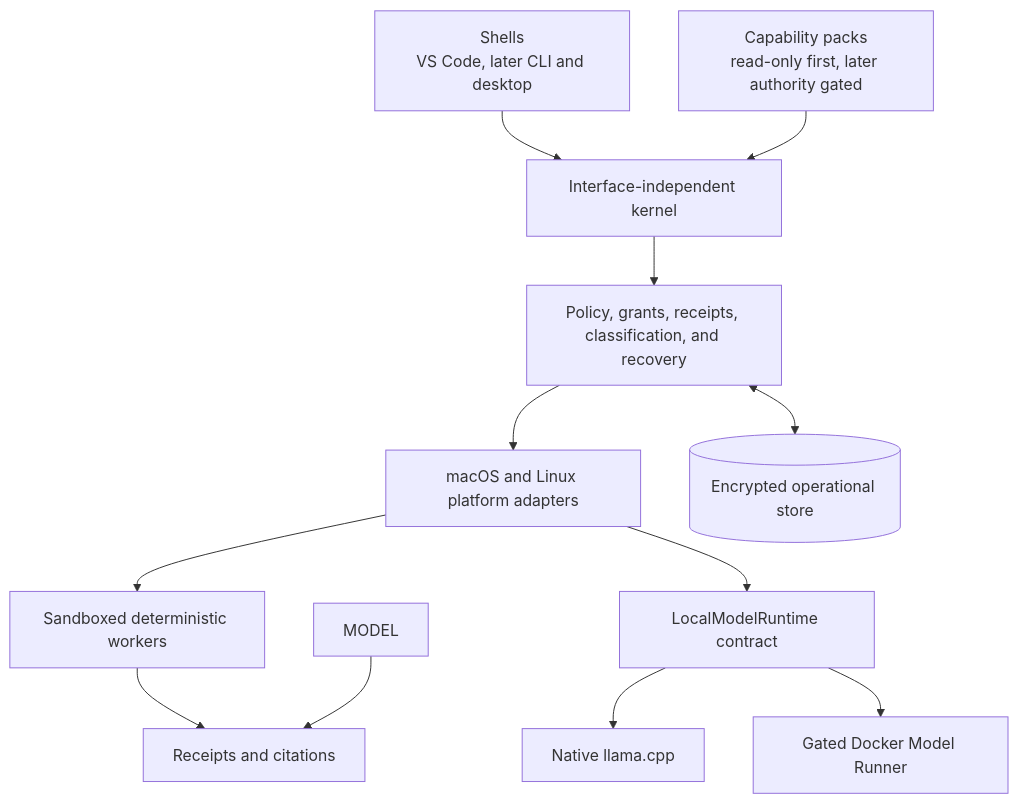
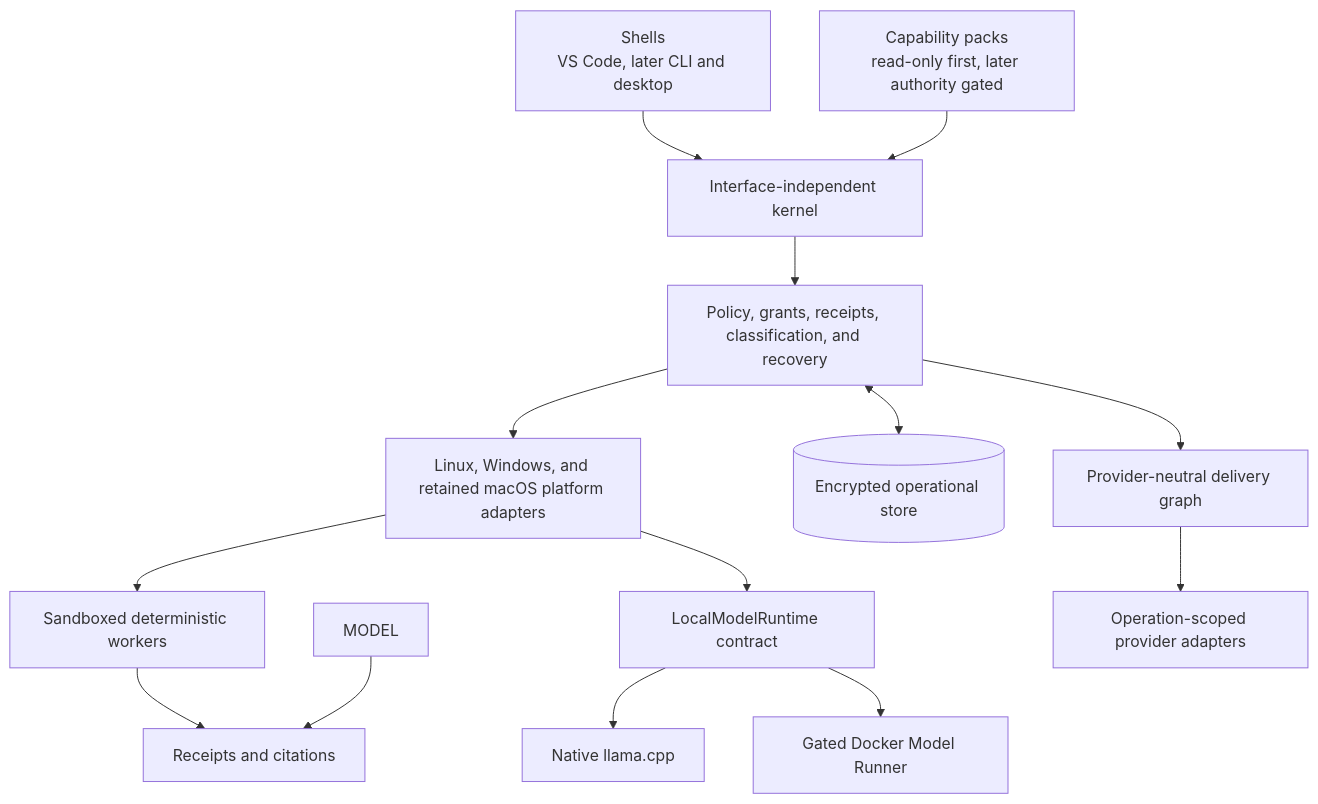
Before and after one commit to AaronNHorvitz/AgentMage: the second of 4 diagrams in IMPLEMENTATION-PLAN.md, drawn with Mermaid. The commit also changed other lines of this file and 32 other files, not shown here.

Commit message:
Expand first GA delivery and Windows plan

````diff
--- a/IMPLEMENTATION-PLAN.md
+++ b/IMPLEMENTATION-PLAN.md
@@ -80,14 +83,16 @@
 ```mermaid
 flowchart TB
     SHELLS["Shells<br/>VS Code, later CLI and desktop"] --> KERNEL["Interface-independent kernel"]
     PACKS["Capability packs<br/>read-only first, later authority gated"] --> KERNEL
     KERNEL --> POLICY["Policy, grants, receipts, classification, and recovery"]
-    POLICY --> PLATFORM["macOS and Linux platform adapters"]
+    POLICY --> PLATFORM["Linux, Windows, and retained macOS platform adapters"]
     PLATFORM --> TOOLS["Sandboxed deterministic workers"]
     PLATFORM --> ADAPTER["LocalModelRuntime contract"]
     ADAPTER --> NATIVE["Native llama.cpp"]
     ADAPTER --> DMR["Gated Docker Model Runner"]
     POLICY <--> STATE[("Encrypted operational store")]
     TOOLS --> EVIDENCE["Receipts and citations"]
     MODEL --> EVIDENCE
+    POLICY --> GRAPH["Provider-neutral delivery graph"]
+    GRAPH --> PROVIDERS["Operation-scoped provider adapters"]
 ```
````
